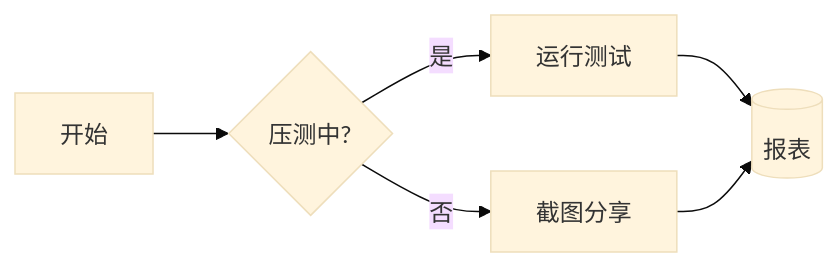
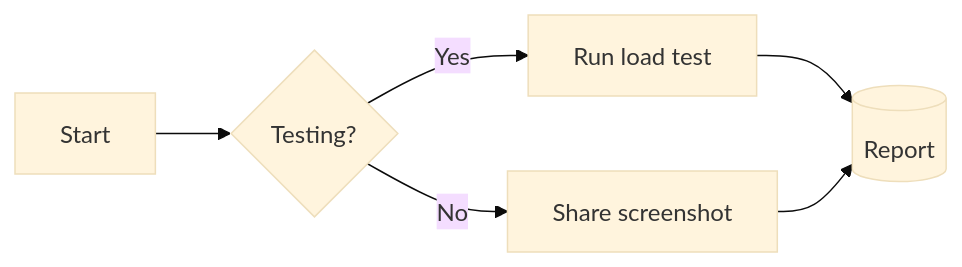
The first of 3 diagrams in src/entrypoints/dashboard/markdown/markdown-sample.md (hexiangtao/loadix), drawn with Mermaid (base theme) before and after one commit. The commit also changed other lines of this file and 9 other files, not shown here.

````diff
--- a/src/entrypoints/dashboard/markdown/markdown-sample.md
+++ b/src/entrypoints/dashboard/markdown/markdown-sample.md
@@ -11,8 +11,8 @@
 ```mermaid
 flowchart LR
-  A[开始] --> B{压测中?}
-  B -- 是 --> C[运行测试]
-  B -- 否 --> D[截图分享]
-  C --> E[(报表)]
+  A[Start] --> B{Testing?}
+  B -- Yes --> C[Run load test]
+  B -- No --> D[Share screenshot]
+  C --> E[(Report)]
   D --> E
 ```
````
